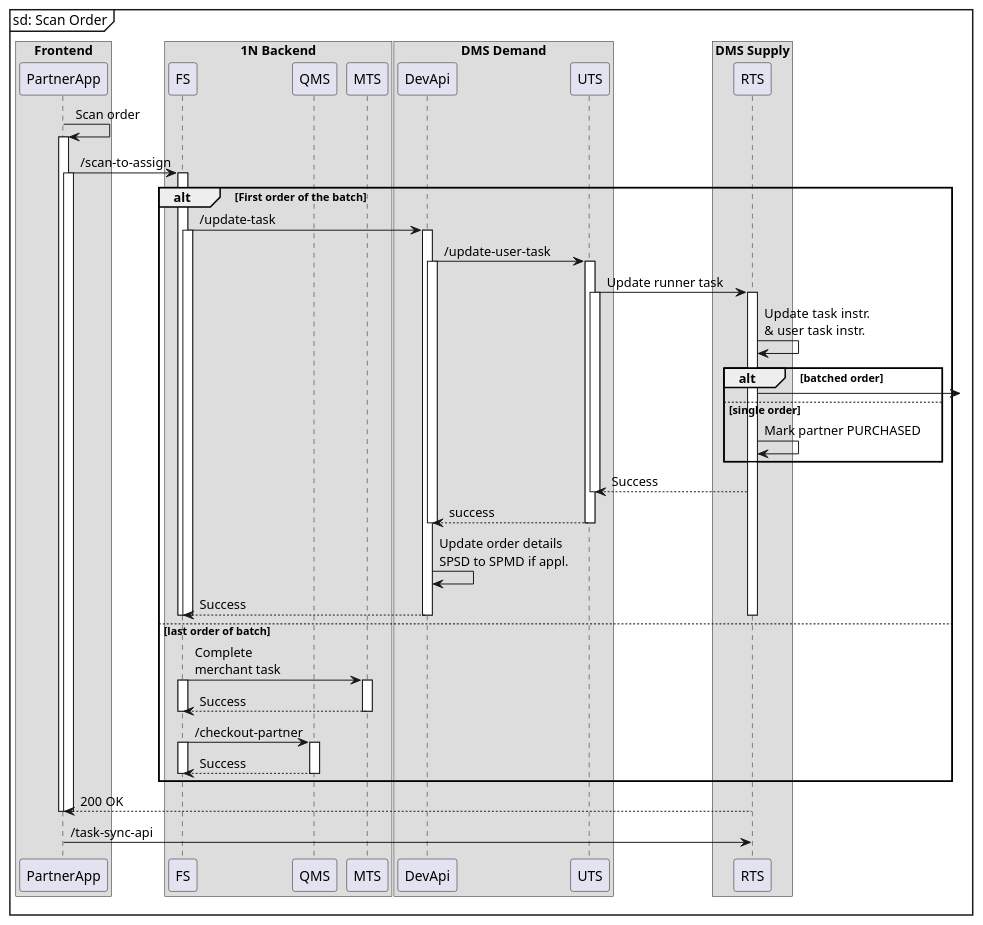
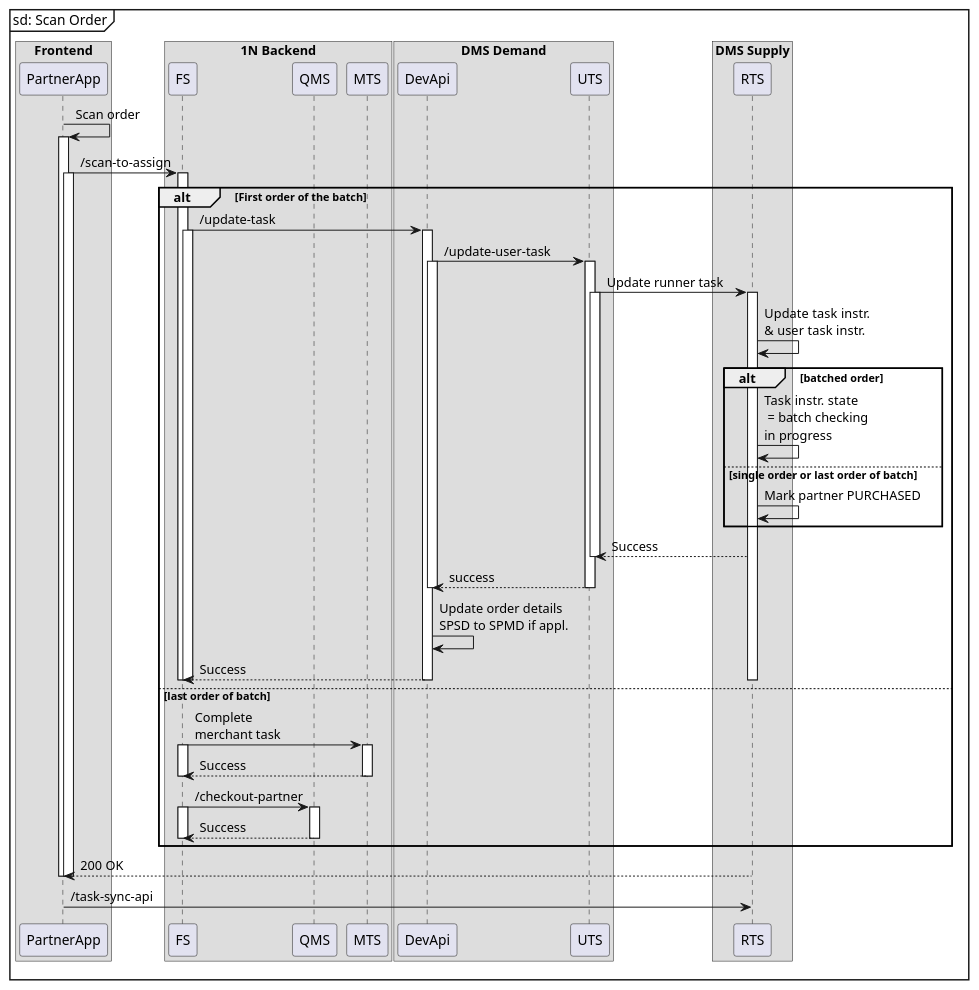
Before and after one commit to rakesh-k-dunzo/dms-uml-diagrams: the diagram in mn-intervention/scan-order.puml, drawn with PlantUML.

Commit message:
mn intervention sds

```diff
--- a/mn-intervention/scan-order.puml
+++ b/mn-intervention/scan-order.puml
@@ -1,98 +1,98 @@
 @startuml
 mainframe sd: Scan Order
 
 box "Frontend"
 participant PartnerApp
 box end
 
 'box "API Gateway"
 'participant ScanToAssignDAG
 'box end
 
 box "1N Backend"
 participant FS
 participant QMS
 participant MTS
 box end
 
 box "DMS Demand"
 participant DevApi
 participant UTS
 box end
 
 
 box "DMS Supply"
 participant RTS
 box end
 
 
 
 PartnerApp -> PartnerApp: Scan order
 activate PartnerApp
 
 ' Remove RTS.
 ' Avoid RTS push to app on batch order scan
 ' Subsequent scans should go to RTS from app
 ' (via API gateway)
 ' What happens to DevAPI data
 ' if batch scan expires.
 '
 
 PartnerApp -> FS: /scan-to-assign
 alt First order of the batch
 activate PartnerApp
 activate FS
 FS -> DevApi: /update-task
 activate FS
 activate DevApi
 DevApi -> UTS: /update-user-task
 activate UTS
 activate DevApi
 UTS -> RTS: Update runner task
 activate UTS
 activate RTS
 RTS -> RTS: Update task instr. \n& user task instr.
 alt batched order
-RTS ->
-else single order
+RTS -> RTS: Task instr. state\n = batch checking\nin progress
+else single order or last order of batch
 RTS -> RTS: Mark partner PURCHASED
 end
 RTS --> UTS: Success
 deactivate UTS
 DevApi <-- UTS: success
 deactivate UTS
 deactivate DevApi
 DevApi -> DevApi: Update order details\nSPSD to SPMD if appl.
 
 DevApi --> FS: Success
 deactivate DevApi
 deactivate FS
 deactivate RTS
 deactivate FS
 else last order of batch
 FS -> MTS: Complete\nmerchant task
 activate FS
 activate MTS
 MTS --> FS: Success
 deactivate FS
 deactivate MTS
 FS -> QMS: /checkout-partner
 activate FS
 activate QMS
 FS <-- QMS: Success
 deactivate FS
 deactivate QMS
 
 end
 
 
 RTS --> PartnerApp: 200 OK
 deactivate RTS
 deactivate PartnerApp
 deactivate PartnerApp
 
 PartnerApp -> RTS: /task-sync-api
 
 
 
 @enduml
```
